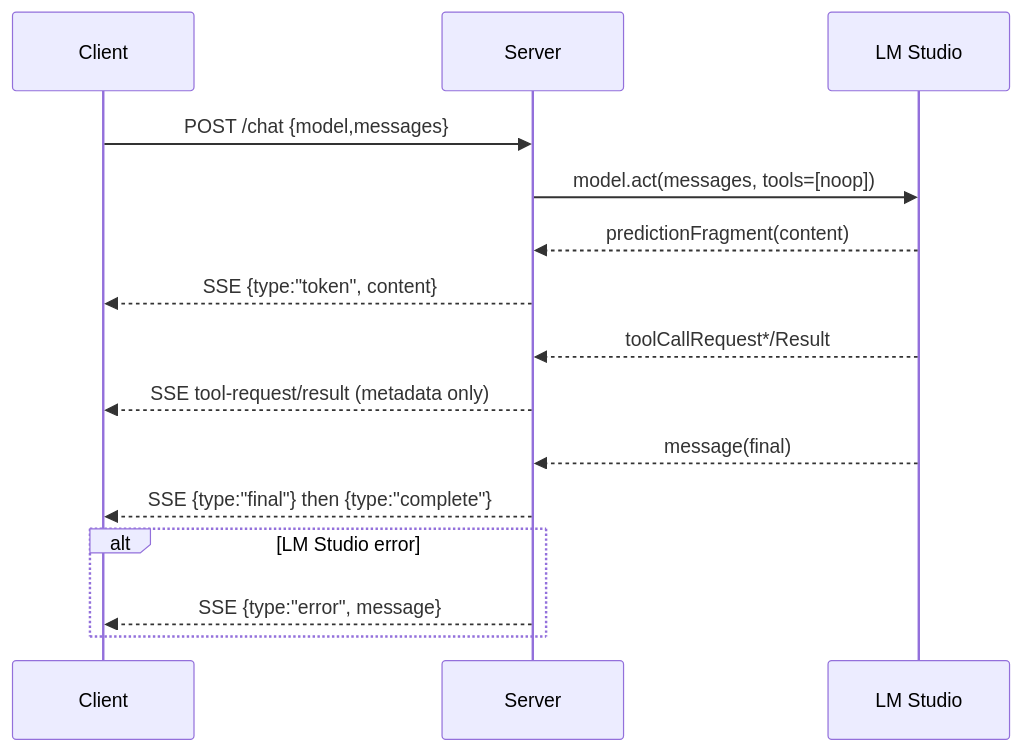
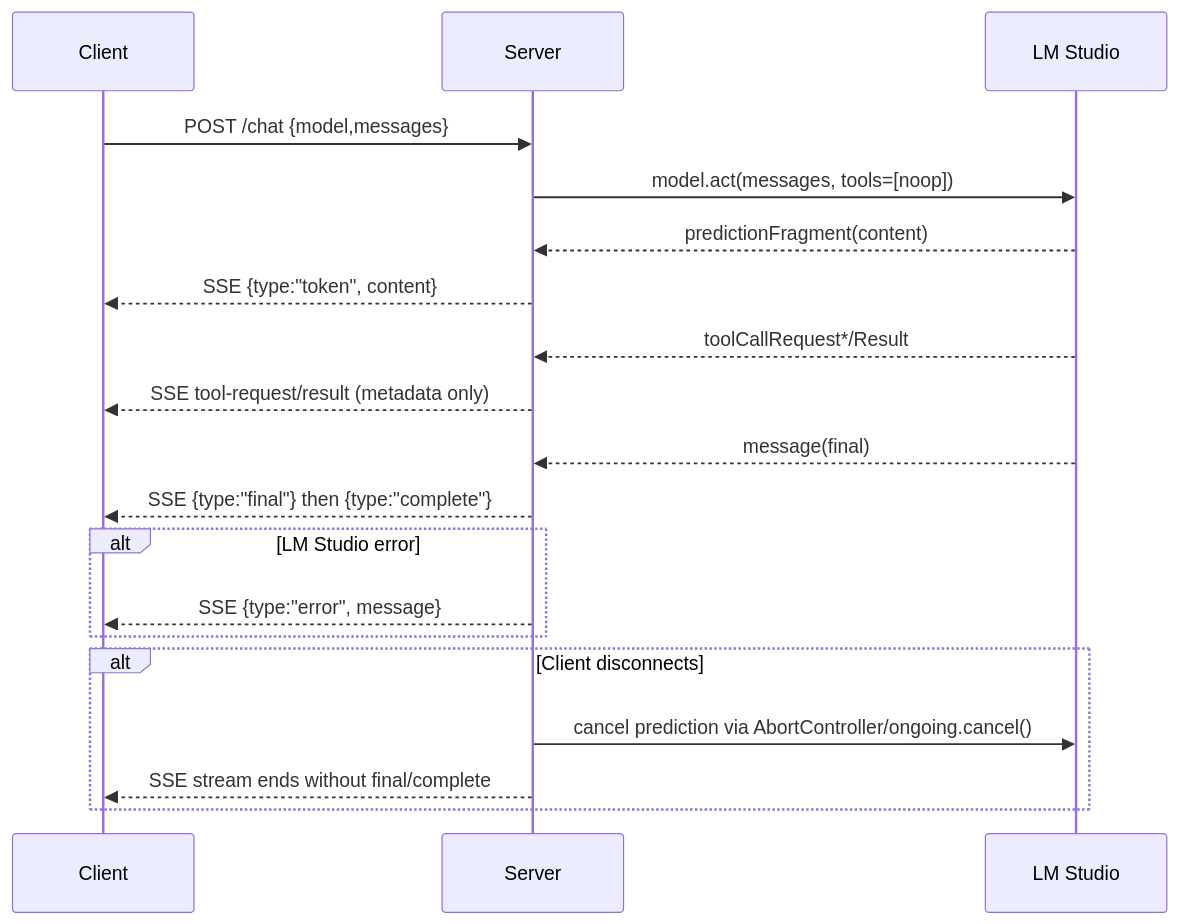
One commit to Chargeuk/codeInfo2 changed the fifth of 9 diagrams in design.md. Above: the diagram before and after it, drawn with Mermaid. The commit also changed other lines of this file and 7 other files, not shown here.

````diff
--- a/design.md
+++ b/design.md
@@ -149,17 +150,21 @@
 ```mermaid
 sequenceDiagram
   participant Client
   participant Server
   participant LM as LM Studio
   Client->>Server: POST /chat {model,messages}
   Server->>LM: model.act(messages, tools=[noop])
   LM-->>Server: predictionFragment(content)
   Server-->>Client: SSE {type:"token", content}
   LM-->>Server: toolCallRequest*/Result
   Server-->>Client: SSE tool-request/result (metadata only)
   LM-->>Server: message(final)
   Server-->>Client: SSE {type:"final"} then {type:"complete"}
   alt LM Studio error
     Server-->>Client: SSE {type:"error", message}
   end
+  alt Client disconnects
+    Server->>LM: cancel prediction via AbortController/ongoing.cancel()
+    Server-->>Client: SSE stream ends without final/complete
+  end
 ```
````
